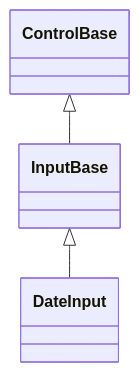
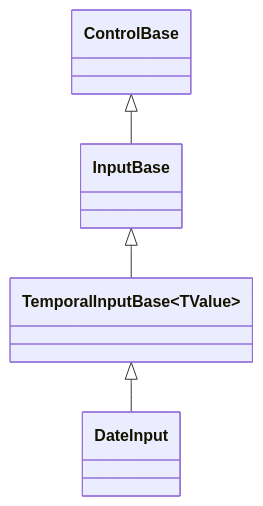
Before and after one commit to pavkam/sharp-vision: the diagram in docs/controls/input/date-input.md, drawn with Mermaid. The commit also changed other lines of this file and 32 other files, not shown here.

````diff
--- a/docs/controls/input/date-input.md
+++ b/docs/controls/input/date-input.md
@@ -59,5 +65,6 @@
 ```mermaid
 classDiagram
     ControlBase <|-- InputBase
-    InputBase <|-- DateInput
+    InputBase <|-- TemporalInputBase~TValue~
+    TemporalInputBase~TValue~ <|-- DateInput
 ```
````
